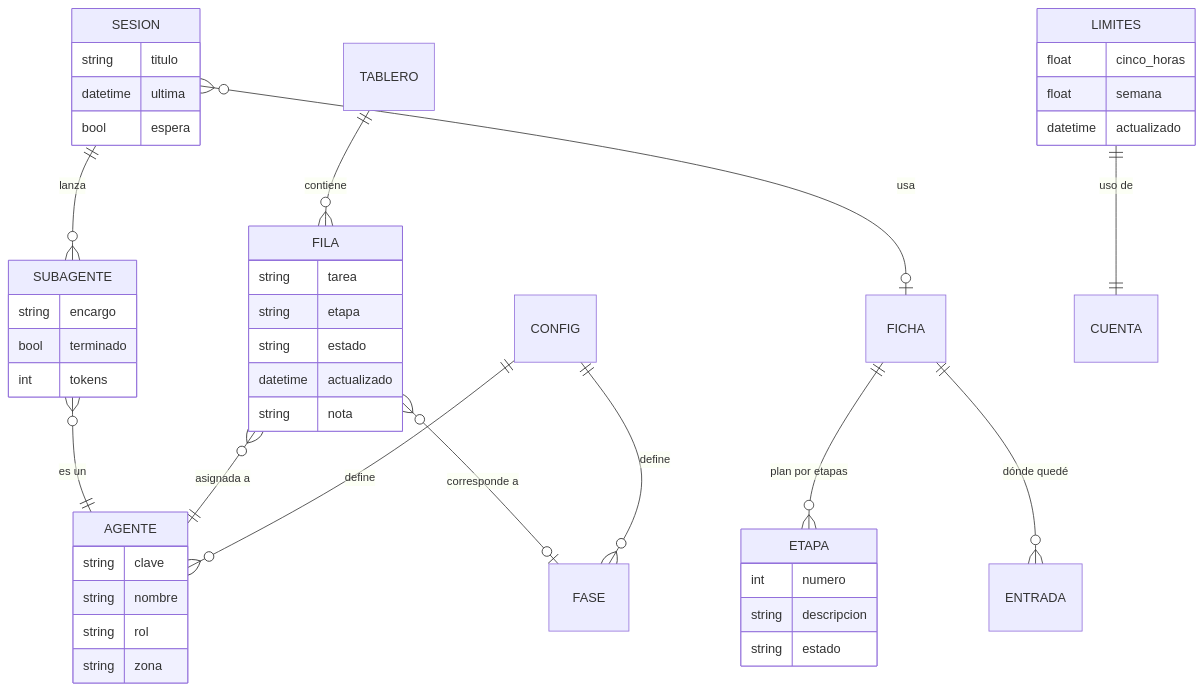
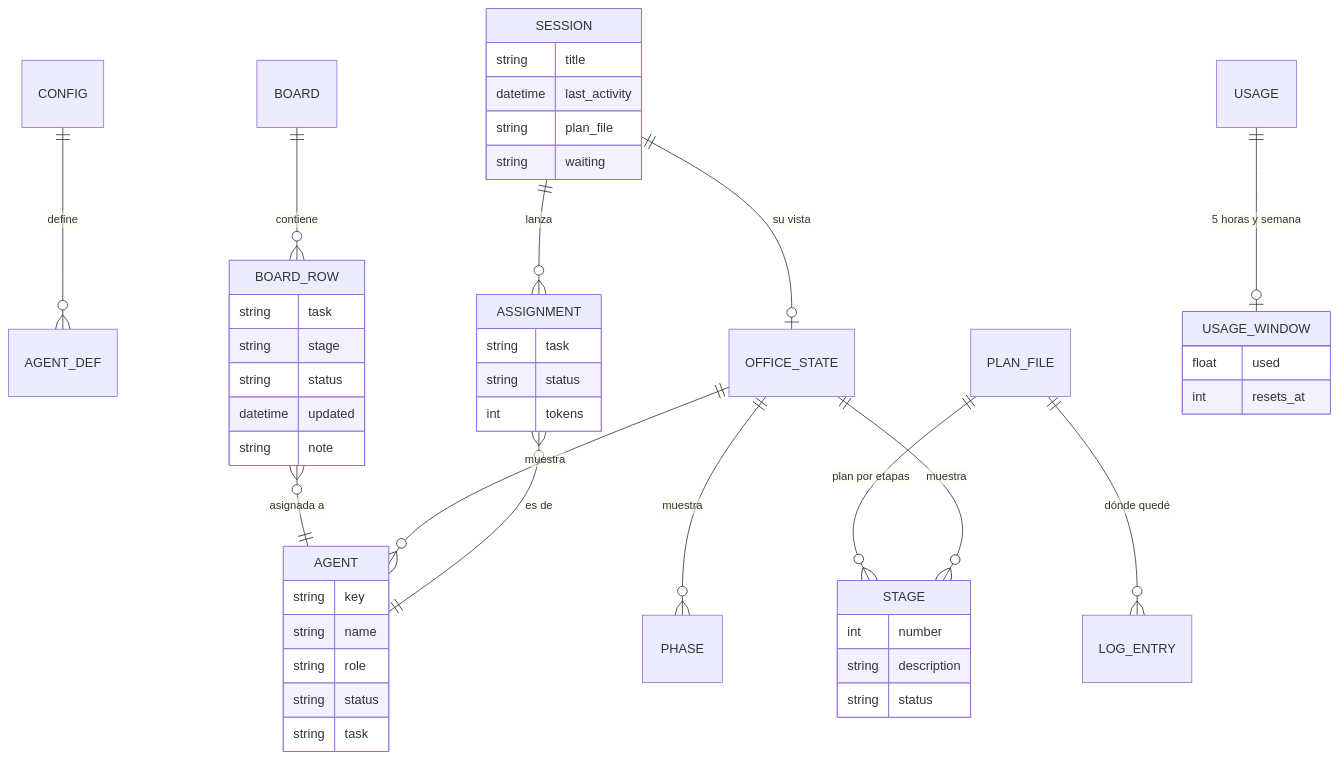
The first of 3 diagrams in README.md (nathaliascode/agents-office), drawn with Mermaid before and after one commit. The commit also changed other lines of this file and 30 other files, not shown here.

````diff
--- a/README.md
+++ b/README.md
@@ -37,48 +39,50 @@
 ```mermaid
 erDiagram
-    CONFIG ||--o{ AGENTE : define
-    CONFIG ||--o{ FASE : define
-    TABLERO ||--o{ FILA : contiene
-    FILA }o--|| AGENTE : "asignada a"
-    FILA }o--o| FASE : "corresponde a"
-    FICHA ||--o{ ETAPA : "plan por etapas"
-    FICHA ||--o{ ENTRADA : "dónde quedé"
-    SESION ||--o{ SUBAGENTE : lanza
-    SUBAGENTE }o--|| AGENTE : "es un"
-    SESION }o--o| FICHA : usa
-    LIMITES ||--|| CUENTA : "uso de"
+    CONFIG ||--o{ AGENT_DEF : define
+    BOARD ||--o{ BOARD_ROW : contiene
+    BOARD_ROW }o--|| AGENT : "asignada a"
+    PLAN_FILE ||--o{ STAGE : "plan por etapas"
+    PLAN_FILE ||--o{ LOG_ENTRY : "dónde quedé"
+    OFFICE_STATE ||--o{ AGENT : muestra
+    OFFICE_STATE ||--o{ PHASE : muestra
+    OFFICE_STATE ||--o{ STAGE : muestra
+    SESSION ||--o{ ASSIGNMENT : lanza
+    ASSIGNMENT }o--|| AGENT : "es de"
+    SESSION ||--o| OFFICE_STATE : "su vista"
+    USAGE ||--o| USAGE_WINDOW : "5 horas y semana"
 
-    AGENTE {
-        string clave
-        string nombre
-        string rol
-        string zona
+    AGENT {
+        string key
+        string name
+        string role
+        string status
+        string task
     }
-    FILA {
-        string tarea
-        string etapa
-        string estado
-        datetime actualizado
-        string nota
+    BOARD_ROW {
+        string task
+        string stage
+        string status
+        datetime updated
+        string note
     }
-    ETAPA {
-        int numero
-        string descripcion
-        string estado
+    STAGE {
+        int number
+        string description
+        string status
     }
-    SESION {
-        string titulo
-        datetime ultima
-        bool espera
+    SESSION {
+        string title
+        datetime last_activity
+        string plan_file
+        string waiting
     }
-    SUBAGENTE {
-        string encargo
-        bool terminado
+    ASSIGNMENT {
+        string task
+        string status
         int tokens
     }
-    LIMITES {
-        float cinco_horas
-        float semana
-        datetime actualizado
+    USAGE_WINDOW {
+        float used
+        int resets_at
     }
 ```
````
